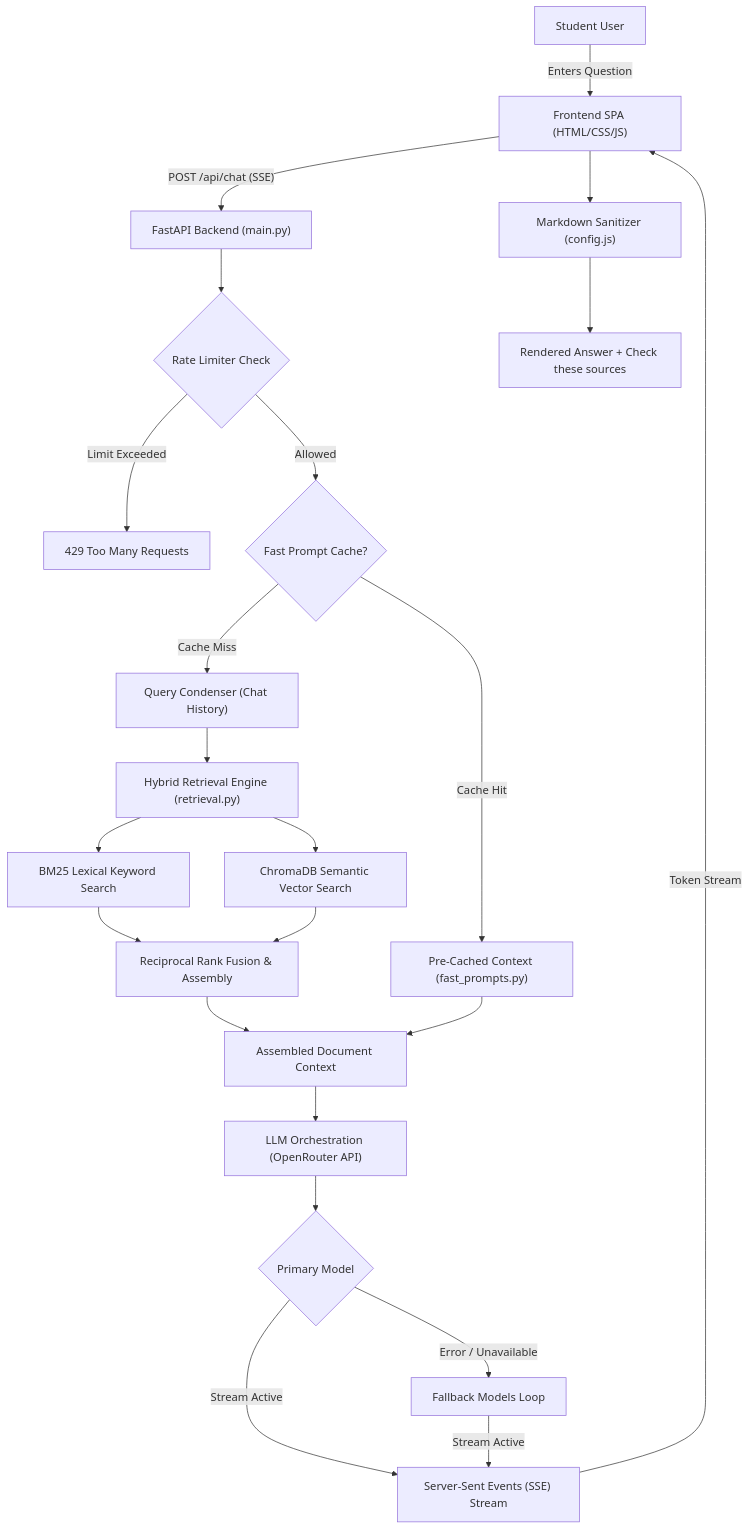
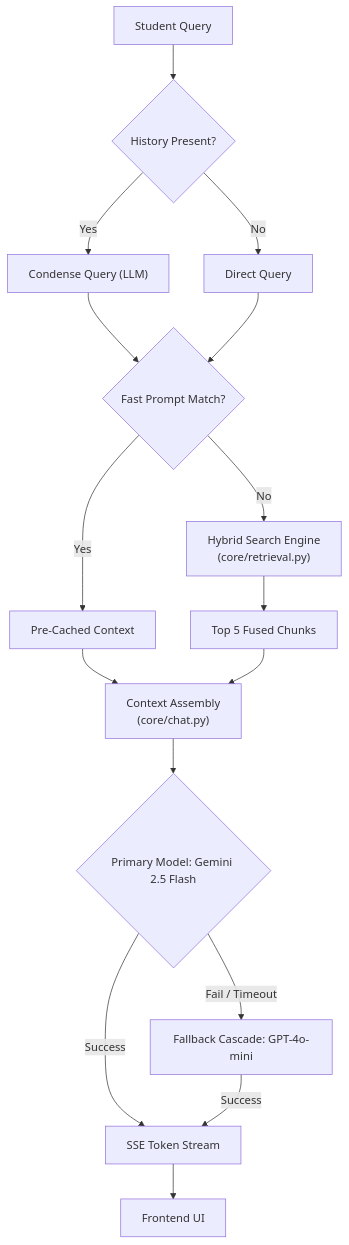
Before and after one commit to AlexDaPiggie/DeAnza_Chatbot: the third of 3 diagrams in README.md, drawn with Mermaid. The commit also changed other lines of this file and 1 other file, not shown here.

Commit message:
Update README architecture and docs, fix GitHub link in Authors section

````diff
--- a/README.md
+++ b/README.md
@@ -37,30 +149,22 @@
 ```mermaid
 flowchart TD
-    User["Student User"] -->|"Enters Question"| UI["Frontend SPA (HTML/CSS/JS)"]
-    UI -->|"POST /api/chat (SSE)"| API["FastAPI Backend (main.py)"]
-    API --> RateLimit{"Rate Limiter Check"}
-    RateLimit -->|"Limit Exceeded"| HTTP429["429 Too Many Requests"]
-    RateLimit -->|"Allowed"| FastPrompt{"Fast Prompt Cache?"}
-    
-    FastPrompt -->|"Cache Hit"| CachedContext["Pre-Cached Context (fast_prompts.py)"]
-    FastPrompt -->|"Cache Miss"| Condenser["Query Condenser (Chat History)"]
-    
-    Condenser --> Retrieval["Hybrid Retrieval Engine (retrieval.py)"]
-    Retrieval --> BM25["BM25 Lexical Keyword Search"]
-    Retrieval --> Vector["ChromaDB Semantic Vector Search"]
-    BM25 --> RankFusion["Reciprocal Rank Fusion & Assembly"]
-    Vector --> RankFusion
-    
-    RankFusion --> Context["Assembled Document Context"]
-    CachedContext --> Context
-    
-    Context --> Orchestrator["LLM Orchestration (OpenRouter API)"]
-    Orchestrator --> PrimaryModel{"Primary Model"}
-    PrimaryModel -->|"Error / Unavailable"| FallbackModel["Fallback Models Loop"]
-    PrimaryModel -->|"Stream Active"| SSE["Server-Sent Events (SSE) Stream"]
-    FallbackModel -->|"Stream Active"| SSE
-    
-    SSE -->|"Token Stream"| UI
-    UI --> Formatter["Markdown Sanitizer (config.js)"]
-    Formatter --> RenderedMsg["Rendered Answer + Check these sources"]
+    UserQ["Student Query"] --> History{"History Present?"}
+    History -->|"Yes"| Condense["Condense Query (LLM)"]
+    History -->|"No"| RawQ["Direct Query"]
+
+    Condense --> FastCheck{"Fast Prompt Match?"}
+    RawQ --> FastCheck
+
+    FastCheck -->|"Yes"| Cached["Pre-Cached Context"]
+    FastCheck -->|"No"| HybridSearch["Hybrid Search Engine<br/>(core/retrieval.py)"]
+
+    HybridSearch --> TopChunks["Top 5 Fused Chunks"]
+    Cached --> Assembly["Context Assembly<br/>(core/chat.py)"]
+    TopChunks --> Assembly
+
+    Assembly --> LLM{"Primary Model: Gemini 2.5 Flash"}
+    LLM -->|"Fail / Timeout"| Fallback["Fallback Cascade: GPT-4o-mini"]
+    LLM -->|"Success"| Stream["SSE Token Stream"]
+    Fallback -->|"Success"| Stream
+    Stream --> Client["Frontend UI"]
 ```
````
